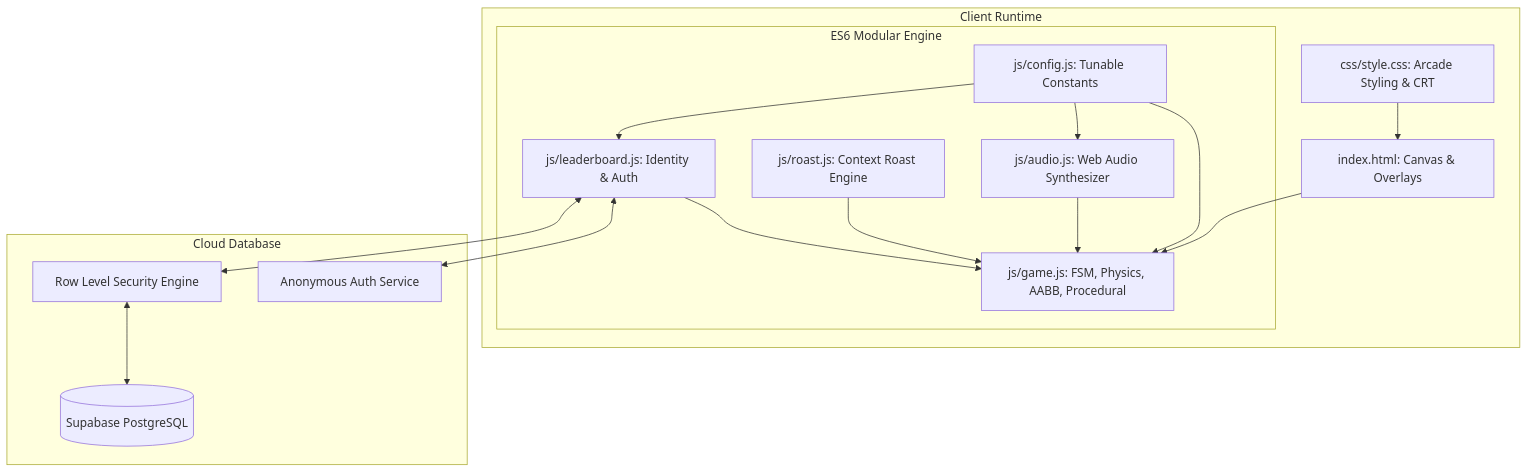
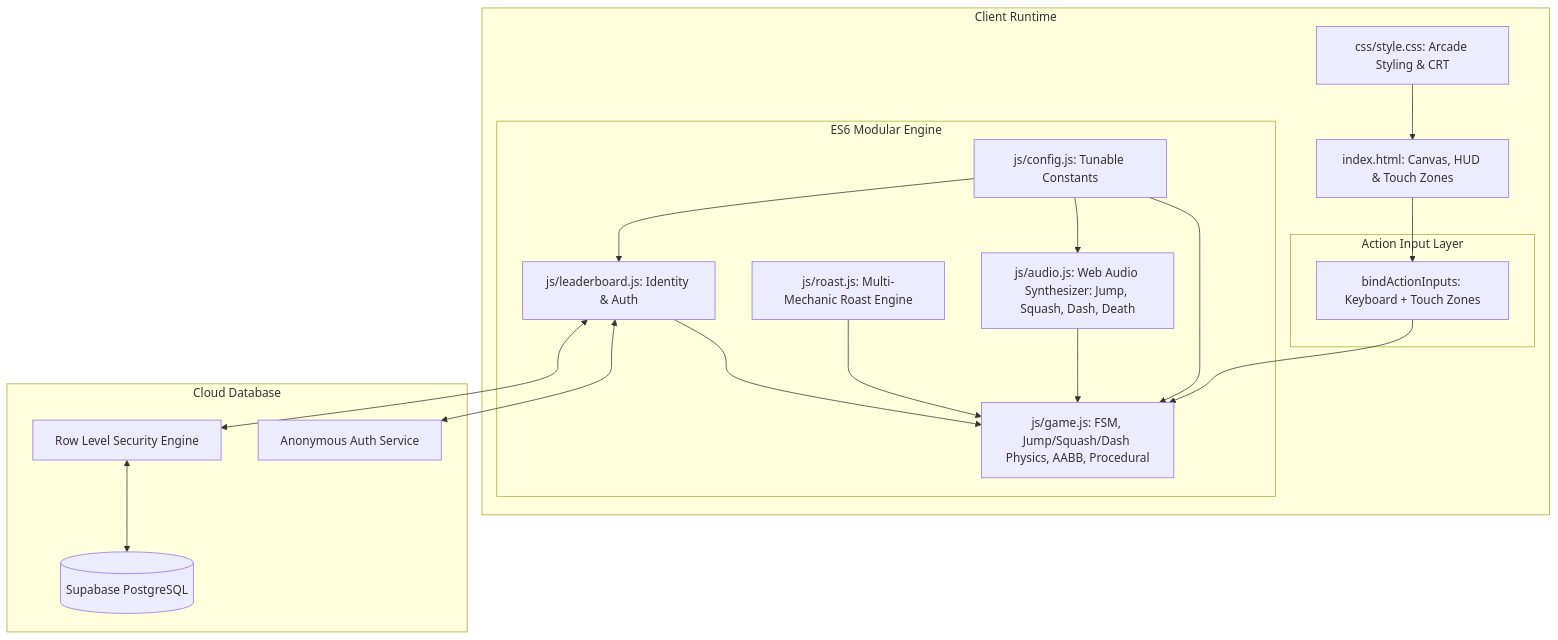
Before and after one commit to rajkiranmishra/Block-Dash: the first of 2 diagrams in ARCHITECTURE.md, drawn with Mermaid. The commit also changed other lines of this file and 9 other files, not shown here.

Commit message:
feat: fix retry bug, add squash slide mechanic, dash ability, and mid-air hazards

````diff
--- a/ARCHITECTURE.md
+++ b/ARCHITECTURE.md
@@ -9,33 +9,38 @@
 ```mermaid
 graph TD
     subgraph Browser Client [Client Runtime]
-        HTML[index.html: Canvas & Overlays]
+        HTML[index.html: Canvas, HUD & Touch Zones]
         CSS[css/style.css: Arcade Styling & CRT]
         
+        subgraph Input Layer [Action Input Layer]
+            INP[bindActionInputs: Keyboard + Touch Zones]
+        end
+
         subgraph Engine Modules [ES6 Modular Engine]
             CFG[js/config.js: Tunable Constants]
-            AUD[js/audio.js: Web Audio Synthesizer]
-            ROAST[js/roast.js: Context Roast Engine]
+            AUD[js/audio.js: Web Audio Synthesizer: Jump, Squash, Dash, Death]
+            ROAST[js/roast.js: Multi-Mechanic Roast Engine]
             LDR[js/leaderboard.js: Identity & Auth]
-            GAME[js/game.js: FSM, Physics, AABB, Procedural]
+            GAME[js/game.js: FSM, Jump/Squash/Dash Physics, AABB, Procedural]
         end
     end
 
     subgraph Backend Infrastructure [Cloud Database]
         SB[(Supabase PostgreSQL)]
         RLS[Row Level Security Engine]
         AUTH[Anonymous Auth Service]
     end
 
-    HTML --> GAME
+    HTML --> INP
+    INP --> GAME
     CSS --> HTML
     CFG --> GAME
     CFG --> LDR
     CFG --> AUD
     AUD --> GAME
     ROAST --> GAME
     LDR --> GAME
     LDR <--> AUTH
     LDR <--> RLS
     RLS <--> SB
 ```
````
